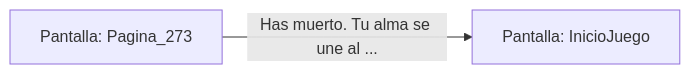
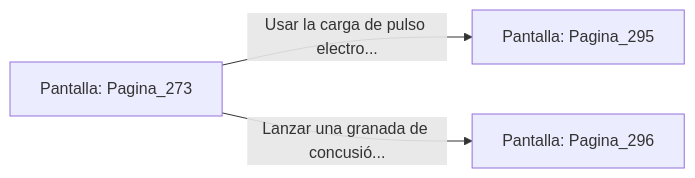
One commit to metsuke/mpl changed the diagram in sample/eligejuego-vault/Pantalla_Pagina_273.md. Above: the diagram before and after it, drawn with Mermaid. The commit also changed other lines of this file and 635 other files, not shown here.

First line of the commit message:
fix: añadir Pagina_1 como pantalla inicial en capitulo_01.mpl

````diff
--- a/sample/eligejuego-vault/Pantalla_Pagina_273.md
+++ b/sample/eligejuego-vault/Pantalla_Pagina_273.md
@@ -17,5 +24,6 @@
 ```mermaid
 graph LR
     P_Pagina_273["Pantalla: Pagina_273"]
-    P_Pagina_273 -->|"Has muerto. Tu alma se une al ..."| P_InicioJuego["Pantalla: InicioJuego"]
+    P_Pagina_273 -->|"Usar la carga de pulso electro..."| P_Pagina_295["Pantalla: Pagina_295"]
+    P_Pagina_273 -->|"Lanzar una granada de concusió..."| P_Pagina_296["Pantalla: Pagina_296"]
 ```
````
